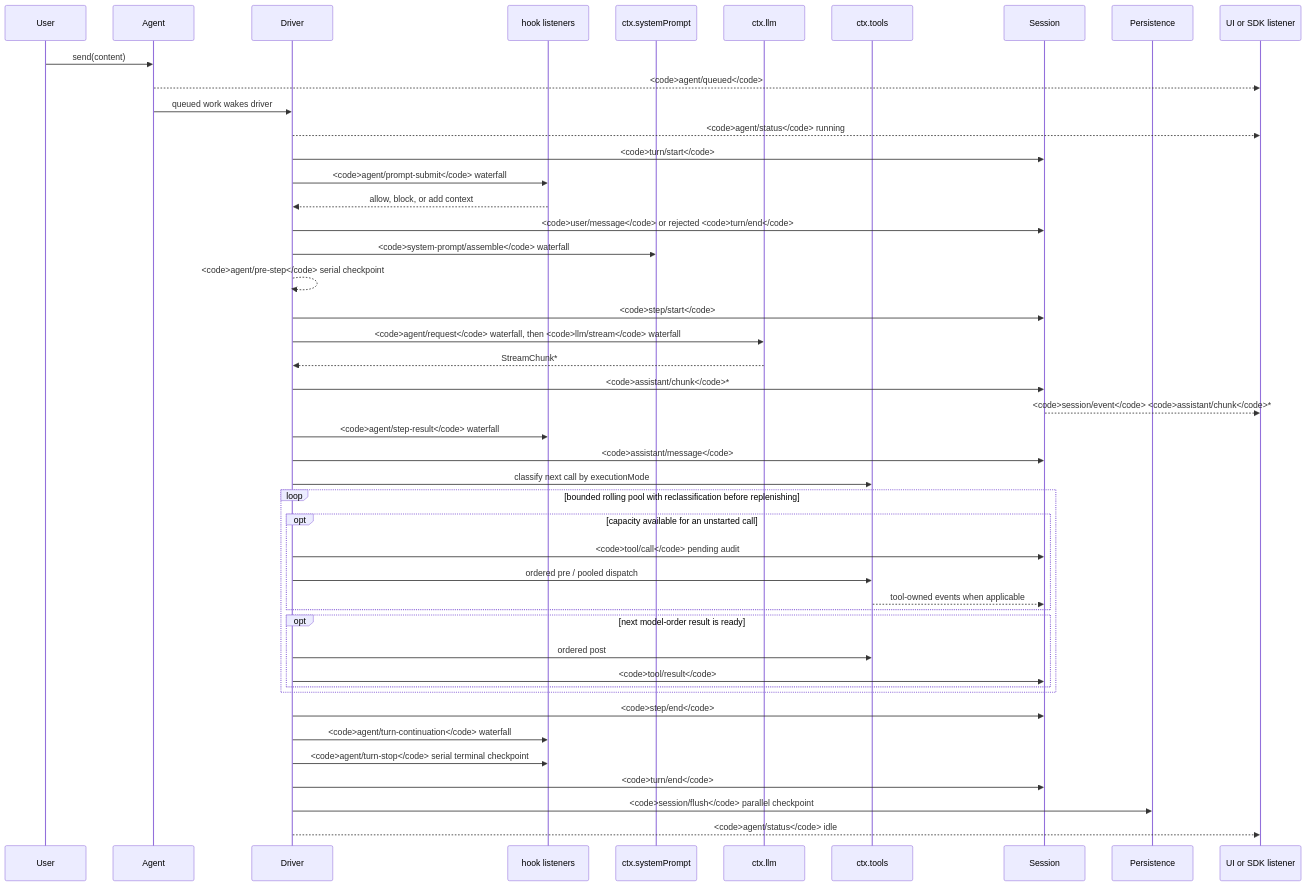
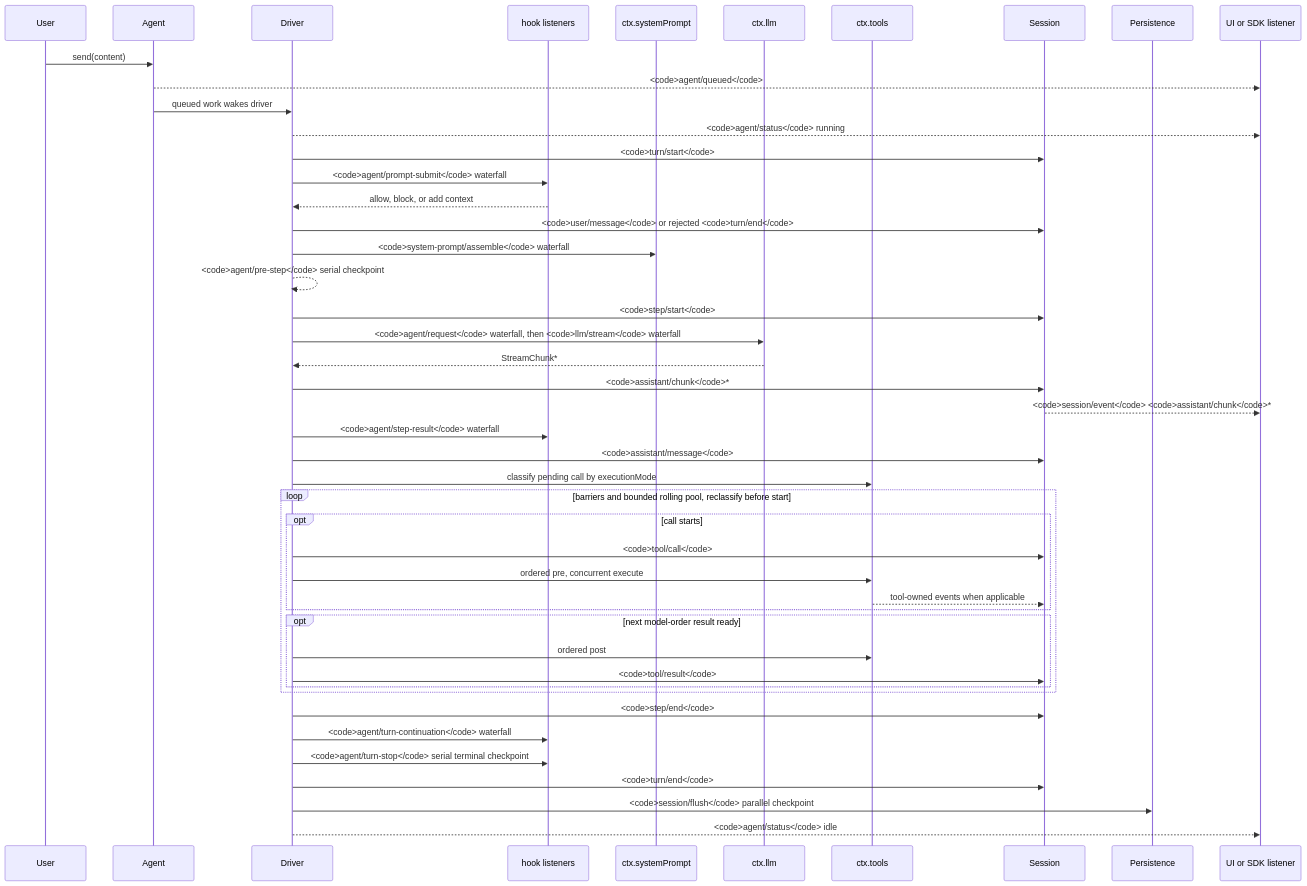
Before and after one commit to 007M7/DeepCode: the diagram in docs/agent-lifecycle.md, drawn with Mermaid. The commit also changed 29 other files, not shown here.

Commit message:
docs: tighten parallel tool-call prose

````diff
--- a/docs/agent-lifecycle.md
+++ b/docs/agent-lifecycle.md
@@ -8,48 +8,48 @@
 ```mermaid
 sequenceDiagram
   participant User
   participant Agent
   participant Driver
   participant Hooks as hook listeners
   participant Prompt as ctx.systemPrompt
   participant LLM as ctx.llm
   participant Tools as ctx.tools
   participant Session
   participant Persistence
   participant SDK as UI or SDK listener
   User->>Agent: send(content)
   Agent-->>SDK: <code>agent/queued</code>
   Agent->>Driver: queued work wakes driver
   Driver-->>SDK: <code>agent/status</code> running
   Driver->>Session: <code>turn/start</code>
   Driver->>Hooks: <code>agent/prompt-submit</code> waterfall
   Hooks-->>Driver: allow, block, or add context
   Driver->>Session: <code>user/message</code> or rejected <code>turn/end</code>
   Driver->>Prompt: <code>system-prompt/assemble</code> waterfall
   Driver-->>Driver: <code>agent/pre-step</code> serial checkpoint
   Driver->>Session: <code>step/start</code>
   Driver->>LLM: <code>agent/request</code> waterfall, then <code>llm/stream</code> waterfall
   LLM-->>Driver: StreamChunk*
   Driver->>Session: <code>assistant/chunk</code>*
   Session-->>SDK: <code>session/event</code> <code>assistant/chunk</code>*
   Driver->>Hooks: <code>agent/step-result</code> waterfall
   Driver->>Session: <code>assistant/message</code>
-  Driver->>Tools: classify next call by executionMode
-  loop bounded rolling pool with reclassification before replenishing
-    opt capacity available for an unstarted call
-      Driver->>Session: <code>tool/call</code> pending audit
-      Driver->>Tools: ordered pre / pooled dispatch
+  Driver->>Tools: classify pending call by executionMode
+  loop barriers and bounded rolling pool, reclassify before start
+    opt call starts
+      Driver->>Session: <code>tool/call</code>
+      Driver->>Tools: ordered pre, concurrent execute
       Tools-->>Session: tool-owned events when applicable
     end
-    opt next model-order result is ready
+    opt next model-order result ready
       Driver->>Tools: ordered post
       Driver->>Session: <code>tool/result</code>
     end
   end
   Driver->>Session: <code>step/end</code>
   Driver->>Hooks: <code>agent/turn-continuation</code> waterfall
   Driver->>Hooks: <code>agent/turn-stop</code> serial terminal checkpoint
   Driver->>Session: <code>turn/end</code>
   Driver->>Persistence: <code>session/flush</code> parallel checkpoint
   Driver-->>SDK: <code>agent/status</code> idle
 ```
````
